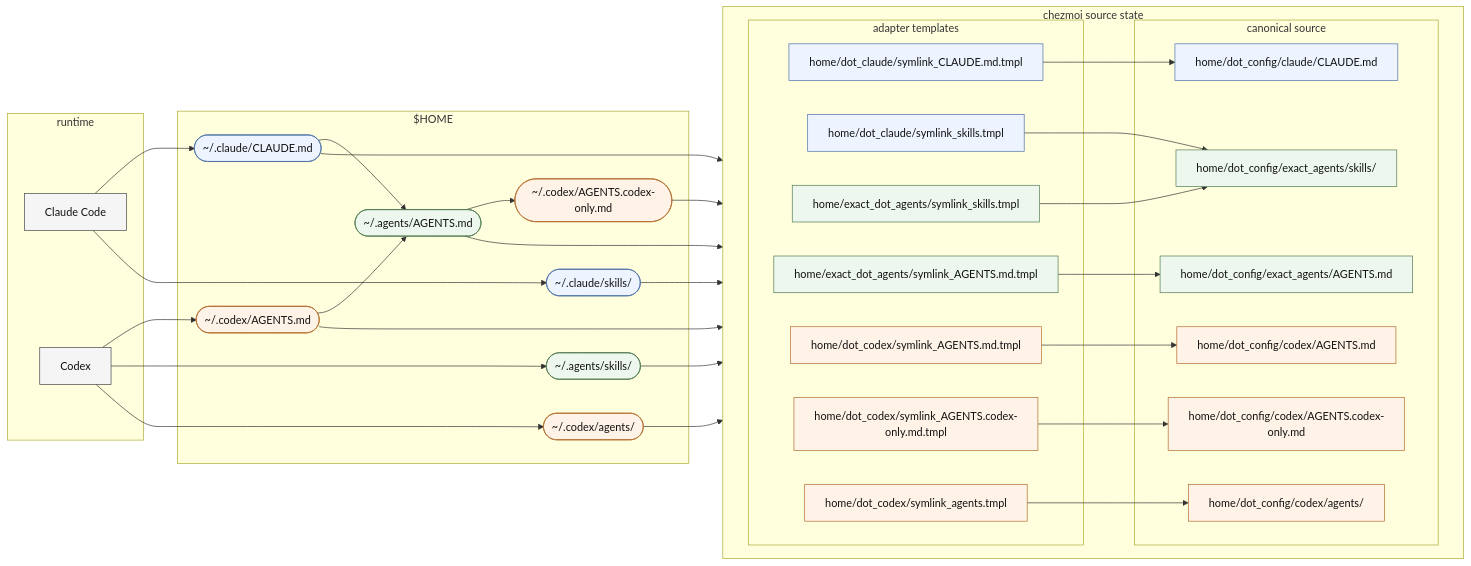
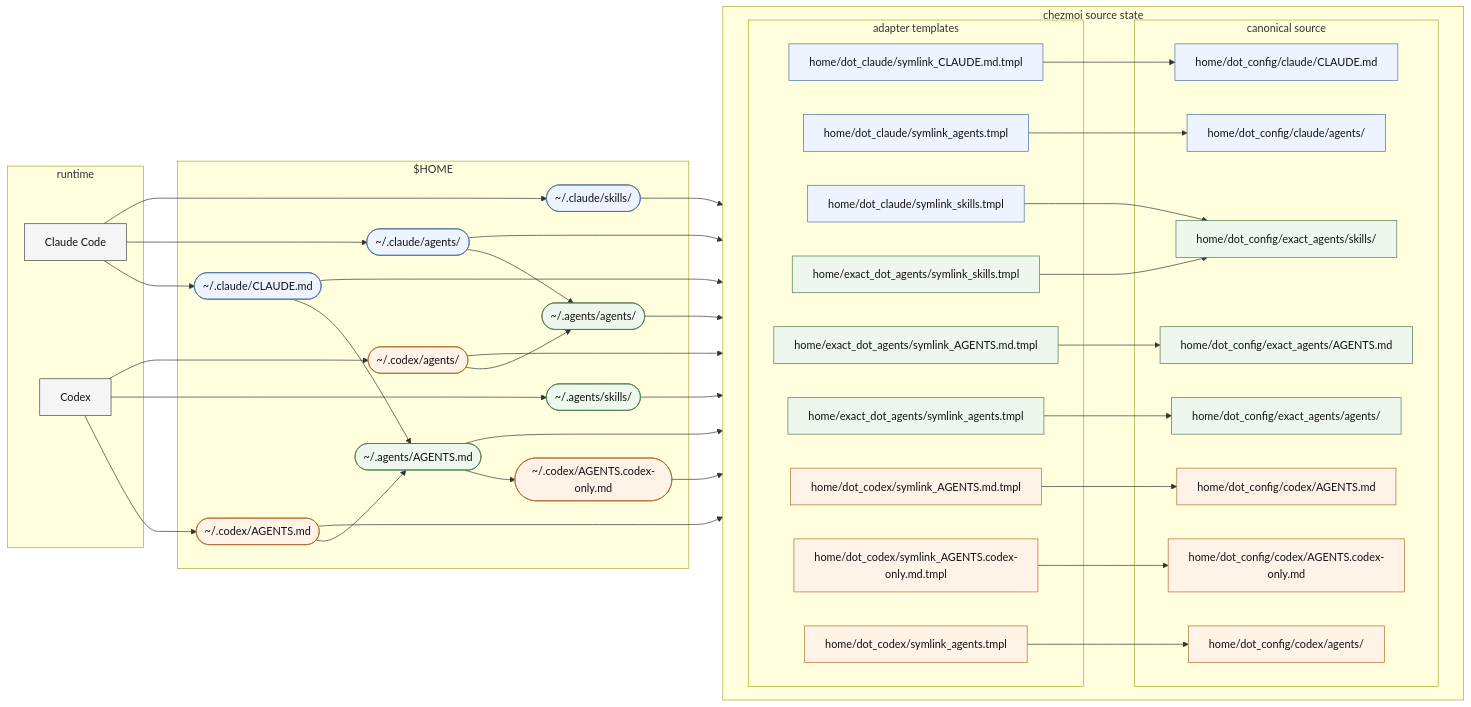
The diagram in home/dot_config/exact_agents/README.md (shunk031/dotfiles), drawn with Mermaid before and after one commit. The commit also changed other lines of this file and 15 other files, not shown here.

````diff
--- a/home/dot_config/exact_agents/README.md
+++ b/home/dot_config/exact_agents/README.md
@@ -17,9 +17,11 @@
 
   subgraph HOME["$HOME"]
     H_CLAUDE(["~/.claude/CLAUDE.md"])
+    H_CLAUDE_AGENTS(["~/.claude/agents/"])
     H_CLAUDE_SKILLS(["~/.claude/skills/"])
 
     H_SHARED(["~/.agents/AGENTS.md"])
+    H_SHARED_AGENTS(["~/.agents/agents/"])
     H_SHARED_SKILLS(["~/.agents/skills/"])
 
     H_CODEX(["~/.codex/AGENTS.md"])
@@ -32,9 +34,11 @@
 
     subgraph ADAPTER["adapter templates"]
       A_CLAUDE["home/dot_claude/symlink_CLAUDE.md.tmpl"]
+      A_CLAUDE_AGENTS["home/dot_claude/symlink_agents.tmpl"]
       A_CLAUDE_SKILLS["home/dot_claude/symlink_skills.tmpl"]
 
       A_SHARED["home/exact_dot_agents/symlink_AGENTS.md.tmpl"]
+      A_SHARED_AGENTS["home/exact_dot_agents/symlink_agents.tmpl"]
       A_SHARED_SKILLS["home/exact_dot_agents/symlink_skills.tmpl"]
 
       A_CODEX["home/dot_codex/symlink_AGENTS.md.tmpl"]
@@ -44,8 +48,10 @@
 
     subgraph CANONICAL["canonical source"]
       S_CLAUDE["home/dot_config/claude/CLAUDE.md"]
+      S_CLAUDE_AGENTS["home/dot_config/claude/agents/"]
 
       S_SHARED["home/dot_config/exact_agents/AGENTS.md"]
+      S_SHARED_AGENTS["home/dot_config/exact_agents/agents/"]
       S_SHARED_SKILLS["home/dot_config/exact_agents/skills/"]
 
       S_CODEX["home/dot_config/codex/AGENTS.md"]
@@ -55,18 +61,23 @@
   end
 
   U_CLAUDE --> H_CLAUDE
+  U_CLAUDE --> H_CLAUDE_AGENTS
   U_CLAUDE --> H_CLAUDE_SKILLS
   H_CLAUDE --> H_SHARED
+  H_CLAUDE_AGENTS --> H_SHARED_AGENTS
 
   U_CODEX --> H_CODEX
   U_CODEX --> H_SHARED_SKILLS
   U_CODEX --> H_CODEX_AGENTS
+  H_CODEX_AGENTS --> H_SHARED_AGENTS
   H_CODEX --> H_SHARED --> H_CODEX_ONLY
 
   H_CLAUDE --> A_CLAUDE --> S_CLAUDE
+  H_CLAUDE_AGENTS --> A_CLAUDE_AGENTS --> S_CLAUDE_AGENTS
   H_CLAUDE_SKILLS --> A_CLAUDE_SKILLS --> S_SHARED_SKILLS
 
   H_SHARED --> A_SHARED --> S_SHARED
+  H_SHARED_AGENTS --> A_SHARED_AGENTS --> S_SHARED_AGENTS
   H_SHARED_SKILLS --> A_SHARED_SKILLS --> S_SHARED_SKILLS
 
   H_CODEX --> A_CODEX --> S_CODEX
@@ -79,7 +90,7 @@
   classDef codex fill:#fff3e8,stroke:#b26b2a,color:#111;
 
   class U_CLAUDE,U_CODEX runtime;
-  class H_SHARED,H_SHARED_SKILLS,A_SHARED,A_SHARED_SKILLS,S_SHARED,S_SHARED_SKILLS agents;
-  class H_CLAUDE,H_CLAUDE_SKILLS,A_CLAUDE,A_CLAUDE_SKILLS,S_CLAUDE claude;
+  class H_SHARED,H_SHARED_AGENTS,H_SHARED_SKILLS,A_SHARED,A_SHARED_AGENTS,A_SHARED_SKILLS,S_SHARED,S_SHARED_AGENTS,S_SHARED_SKILLS agents;
+  class H_CLAUDE,H_CLAUDE_AGENTS,H_CLAUDE_SKILLS,A_CLAUDE,A_CLAUDE_AGENTS,A_CLAUDE_SKILLS,S_CLAUDE,S_CLAUDE_AGENTS claude;
   class H_CODEX,H_CODEX_ONLY,H_CODEX_AGENTS,A_CODEX,A_CODEX_ONLY,A_CODEX_AGENTS,S_CODEX,S_CODEX_ONLY,S_CODEX_AGENTS codex;
 ```
````
